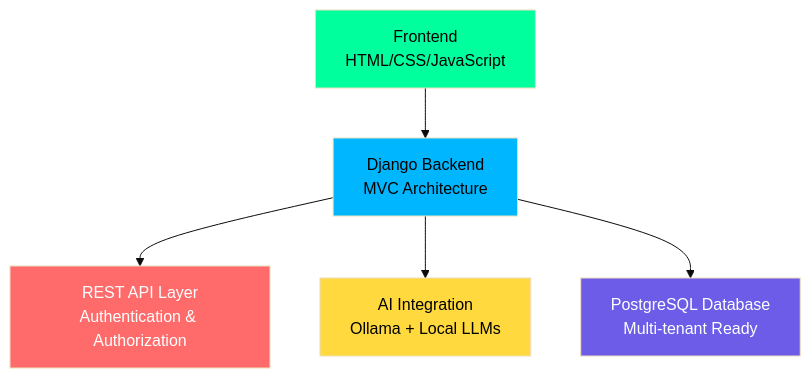
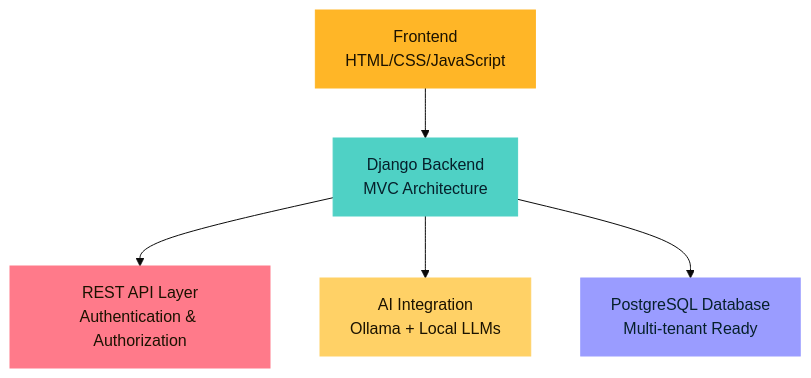
One commit to ElishaBwire01/ElishaBwire01 changed the first of 6 diagrams in README.md. Above: the diagram before and after it, drawn with Mermaid (base theme). The commit also changed other lines of this file, not shown here.

````diff
--- a/README.md
+++ b/README.md
@@ -93,13 +314,13 @@
 ```mermaid
 flowchart TD
     A[Frontend<br/>HTML/CSS/JavaScript] --> B[Django Backend<br/>MVC Architecture]
     B --> C[REST API Layer<br/>Authentication & Authorization]
     B --> D[AI Integration<br/>Ollama + Local LLMs]
     B --> E[PostgreSQL Database<br/>Multi-tenant Ready]
 
-    style A fill:#00ff9d,color:#000
-    style B fill:#00b7ff,color:#000
-    style C fill:#ff6b6b,color:#fff
-    style D fill:#ffd93d,color:#000
-    style E fill:#6c5ce7,color:#fff
+    style A fill:#FFB627,color:#1b1200,stroke:#FFB627
+    style B fill:#4FD1C5,color:#06202B,stroke:#4FD1C5
+    style C fill:#FF7A8A,color:#1b1200,stroke:#FF7A8A
+    style D fill:#FFD166,color:#1b1200,stroke:#FFD166
+    style E fill:#9A9CFF,color:#06202B,stroke:#9A9CFF
 ```
````
